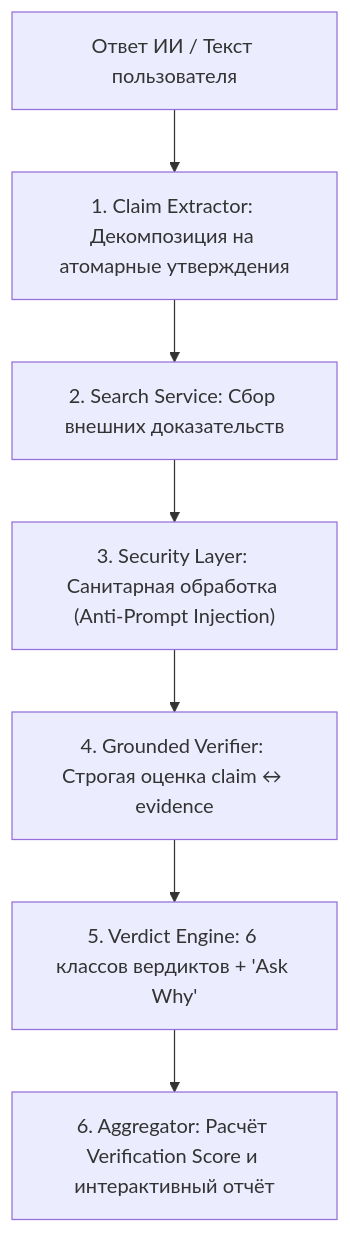
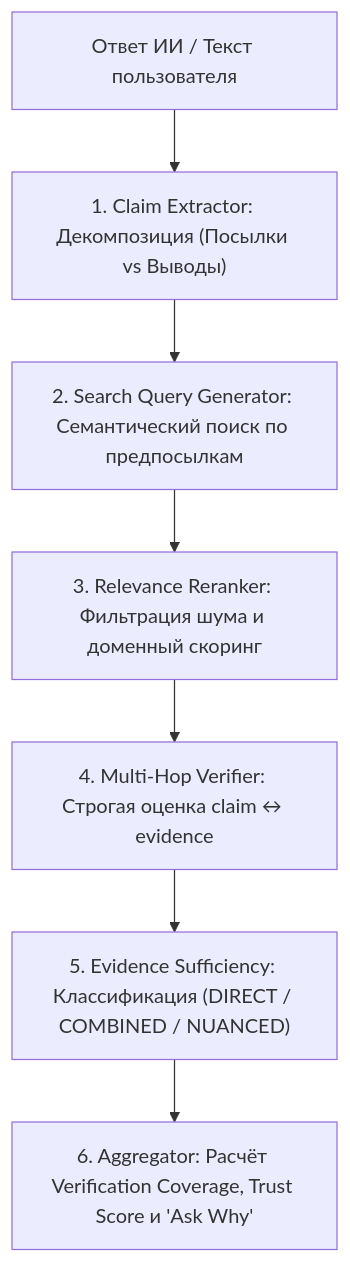
The diagram in PRESENTATION_PITCH_DECK.md (fenzit/SenimAI), drawn with Mermaid before and after one commit. The commit also changed other lines of this file and 7 other files, not shown here.

````diff
--- a/PRESENTATION_PITCH_DECK.md
+++ b/PRESENTATION_PITCH_DECK.md
@@ -43,9 +43,9 @@
 ```mermaid
 graph TD
-    A["Ответ ИИ / Текст пользователя"] --> B["1. Claim Extractor: Декомпозиция на атомарные утверждения"]
-    B --> C["2. Search Service: Сбор внешних доказательств"]
-    C --> D["3. Security Layer: Санитарная обработка (Anti-Prompt Injection)"]
-    D --> E["4. Grounded Verifier: Строгая оценка claim ↔ evidence"]
-    E --> F["5. Verdict Engine: 6 классов вердиктов + 'Ask Why'"]
-    F --> G["6. Aggregator: Расчёт Verification Score и интерактивный отчёт"]
+    A["Ответ ИИ / Текст пользователя"] --> B["1. Claim Extractor: Декомпозиция (Посылки vs Выводы)"]
+    B --> C["2. Search Query Generator: Семантический поиск по предпосылкам"]
+    C --> D["3. Relevance Reranker: Фильтрация шума и доменный скоринг"]
+    D --> E["4. Multi-Hop Verifier: Строгая оценка claim ↔ evidence"]
+    E --> F["5. Evidence Sufficiency: Классификация (DIRECT / COMBINED / NUANCED)"]
+    F --> G["6. Aggregator: Расчёт Verification Coverage, Trust Score и 'Ask Why'"]
 ```
````
